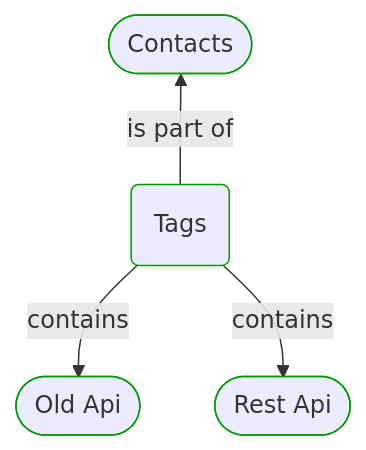
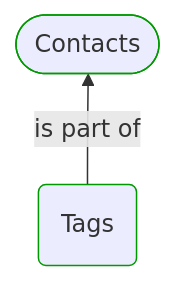
Before and after one commit to itlibrium/DDD-starter-dotnet: the diagram in Docs/P3/MermaidOutput/Domain/Concepts/Contacts/Tags/Tags.md, drawn with Mermaid. The commit also changed other lines of this file and 102 other files, not shown here.

````diff
--- a/Docs/P3/MermaidOutput/Domain/Concepts/Contacts/Tags/Tags.md
+++ b/Docs/P3/MermaidOutput/Domain/Concepts/Contacts/Tags/Tags.md
@@ -22,20 +22,14 @@
 ```mermaid
   flowchart TB
     0([Contacts])
     class 0 DomainPerspective
     1(Tags)
     class 1 DomainPerspective
     0---1
     1-->|is part of|0
     1---0
-    2([Old Api])
-    class 2 DomainPerspective
-    1-->|contains|2
-    3([Rest Api])
-    class 3 DomainPerspective
-    1-->|contains|3
     linkStyle 0,2 stroke:none
     classDef DomainPerspective stroke:#009900
     classDef TechnologyPerspective stroke:#1F41EB
     classDef PeoplePerspective stroke:#FFF014
 ```
````
